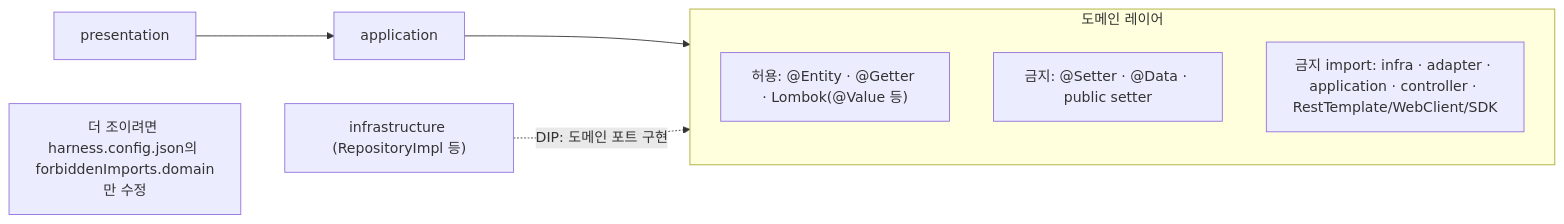
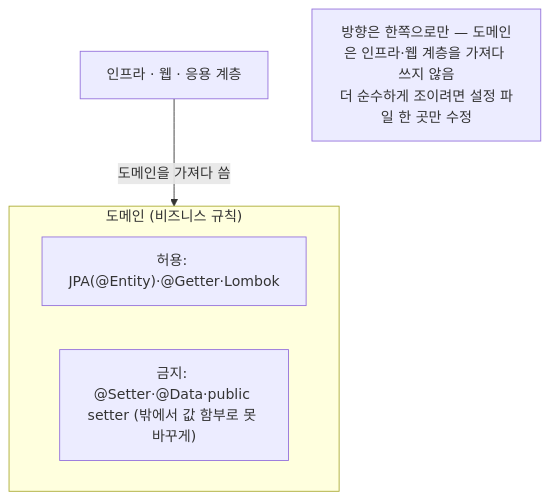
The fourth of 4 diagrams in README.md (HongJungWan/opinionated-harness-template), drawn with Mermaid before and after one commit. The commit also changed other lines of this file, not shown here.

First line of the commit message:
docs: Rewrite README diagrams in plain language for non-engineers (#5)

````diff
--- a/README.md
+++ b/README.md
@@ -132,12 +145,9 @@
 ```mermaid
-flowchart LR
-    subgraph DOM["도메인 레이어"]
-      A1["허용: @Entity · @Getter · Lombok(@Value 등)"]
-      A2["금지: @Setter · @Data · public setter"]
-      A3["금지 import: infra · adapter · application · controller · RestTemplate/WebClient/SDK"]
+flowchart TD
+    OUT["인프라 · 웹 · 응용 계층"] -->|"도메인을 가져다 씀"| DOM
+    subgraph DOM["도메인 (비즈니스 규칙)"]
+        OK["허용: JPA(@Entity)·@Getter·Lombok"]
+        NO["금지: @Setter·@Data·public setter (밖에서 값 함부로 못 바꾸게)"]
     end
-    PRES["presentation"] --> APP["application"]
-    APP --> DOM
-    INFRA["infrastructure (RepositoryImpl 등)"] -.->|"DIP: 도메인 포트 구현"| DOM
-    CFG["더 조이려면 harness.config.json의 forbiddenImports.domain만 수정"]
+    NOTE["방향은 한쪽으로만 — 도메인은 인프라·웹 계층을 가져다 쓰지 않음<br/>더 순수하게 조이려면 설정 파일 한 곳만 수정"]
 ```
````
